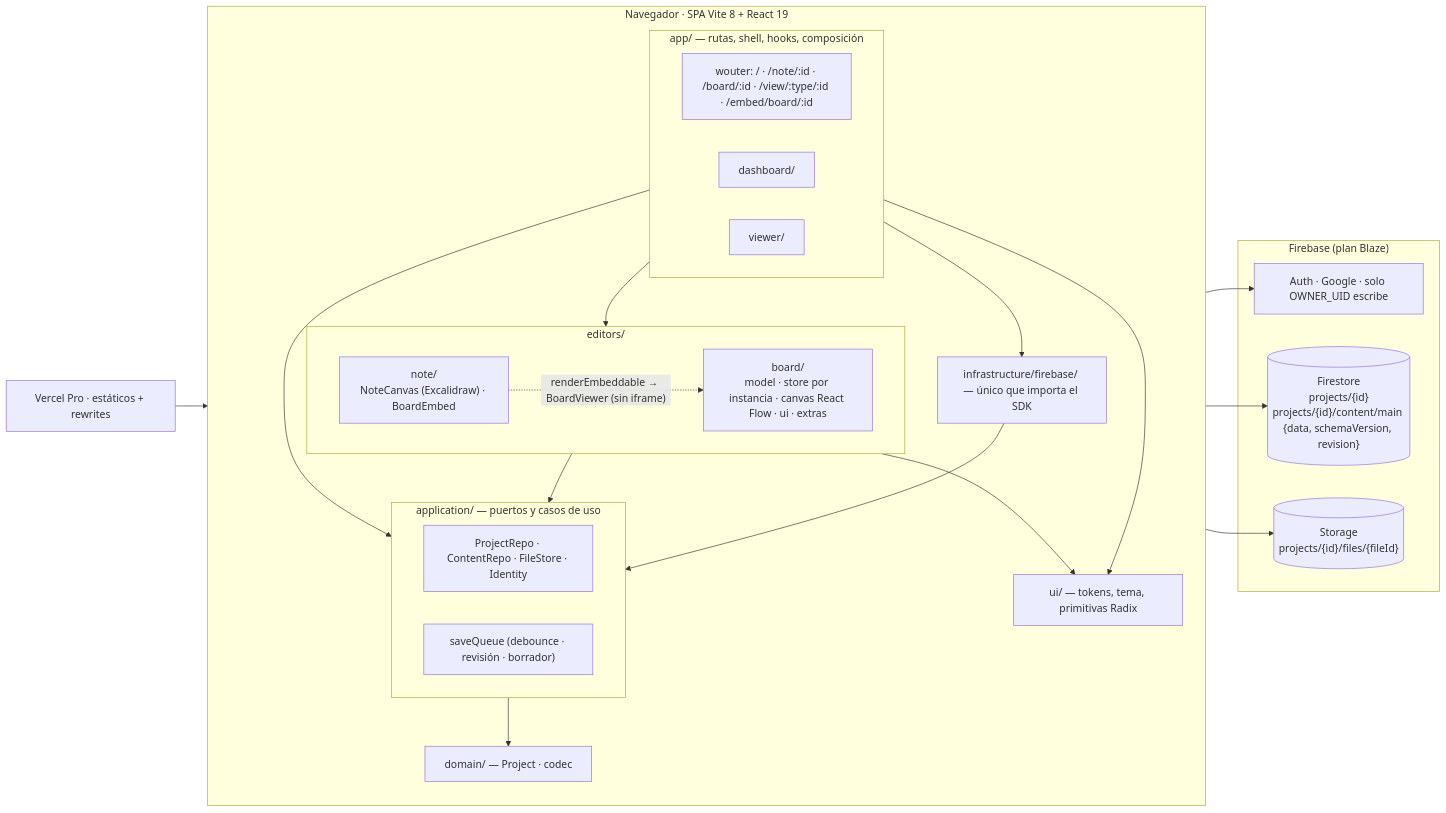
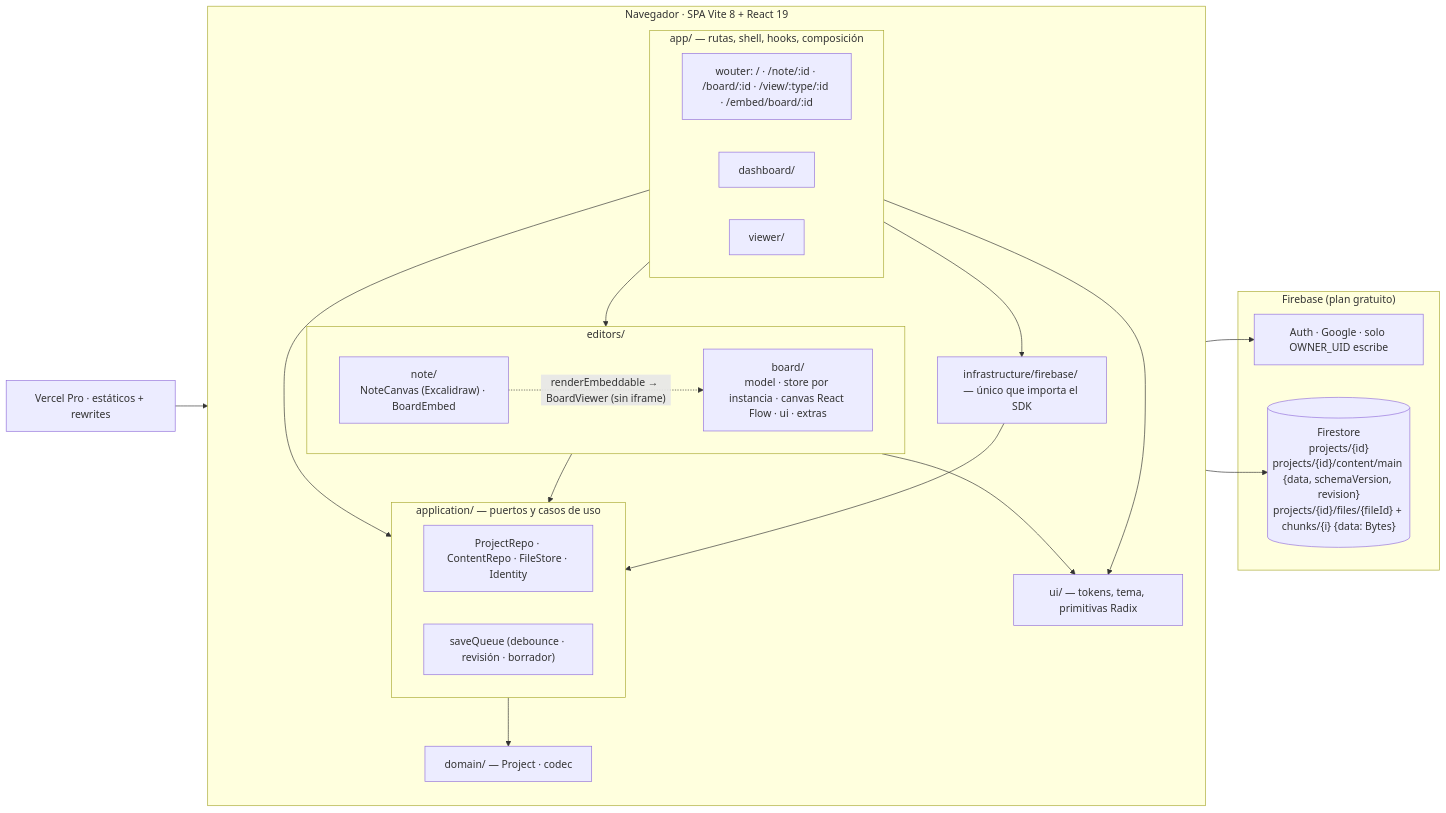
The diagram in docs/architecture.md (JuanGaitanD/drawyourarquitecture), drawn with Mermaid before and after one commit. The commit also changed other lines of this file and 5 other files, not shown here.

Commit message:
docs(handoff): documentar las imágenes en Firestore troceado sin Storage

````diff
--- a/docs/architecture.md
+++ b/docs/architecture.md
@@ -5,40 +5,38 @@
 ```mermaid
 flowchart LR
   subgraph Browser["Navegador · SPA Vite 8 + React 19"]
     direction TB
     subgraph app["app/ — rutas, shell, hooks, composición"]
       Router["wouter: / · /note/:id · /board/:id · /view/:type/:id · /embed/board/:id"]
       Dash["dashboard/"]
       Viewer["viewer/"]
     end
     subgraph editors["editors/"]
       Note["note/<br/>NoteCanvas (Excalidraw) · BoardEmbed"]
       Board["board/<br/>model · store por instancia · canvas React Flow · ui · extras"]
     end
     UI["ui/ — tokens, tema, primitivas Radix"]
     subgraph application["application/ — puertos y casos de uso"]
       Ports["ProjectRepo · ContentRepo · FileStore · Identity"]
       Save["saveQueue (debounce · revisión · borrador)"]
     end
     Domain["domain/ — Project · codec"]
     Infra["infrastructure/firebase/ — único que importa el SDK"]
     app --> editors
     app --> application
     app --> Infra
     editors --> application
     editors --> UI
     app --> UI
     application --> Domain
     Infra --> application
     Note -. "renderEmbeddable → BoardViewer (sin iframe)" .-> Board
   end
-  subgraph Firebase["Firebase (plan Blaze)"]
+  subgraph Firebase["Firebase (plan gratuito)"]
     FAuth["Auth · Google · solo OWNER_UID escribe"]
-    FS[("Firestore<br/>projects/{id}<br/>projects/{id}/content/main {data, schemaVersion, revision}")]
-    ST[("Storage<br/>projects/{id}/files/{fileId}")]
+    FS[("Firestore<br/>projects/{id}<br/>projects/{id}/content/main {data, schemaVersion, revision}<br/>projects/{id}/files/{fileId} + chunks/{i} {data: Bytes}")]
   end
   Vercel["Vercel Pro · estáticos + rewrites"] --> Browser
   Infra --> FAuth
   Infra --> FS
-  Infra --> ST
 ```
````
